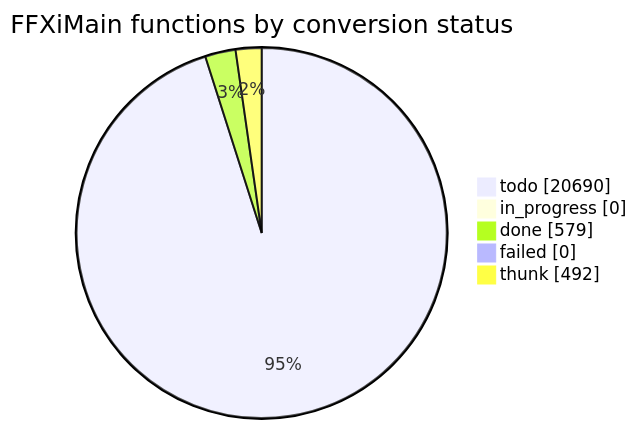
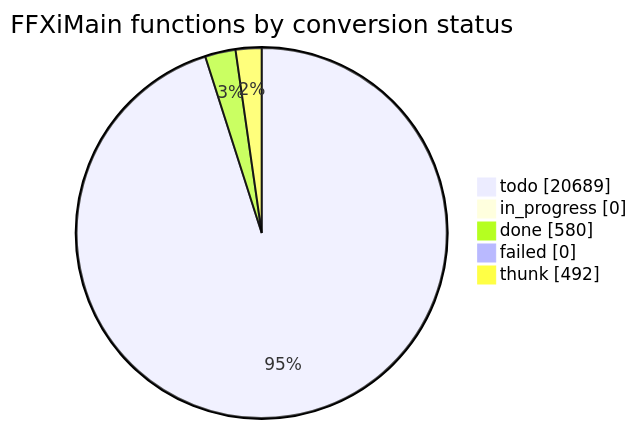
One commit to cowrevenge/cow_kuluu_xi_anything changed the diagram in docs/cow/STATUS.md. Above: the diagram before and after it, drawn with Mermaid. The commit also changed other lines of this file and 9 other files, not shown here.

````diff
--- a/docs/cow/STATUS.md
+++ b/docs/cow/STATUS.md
@@ -18,9 +18,9 @@
 ```mermaid
 pie showData
     title FFXiMain functions by conversion status
-    "todo" : 20690
+    "todo" : 20689
     "in_progress" : 0
-    "done" : 579
+    "done" : 580
     "failed" : 0
     "thunk" : 492
 ```
````
